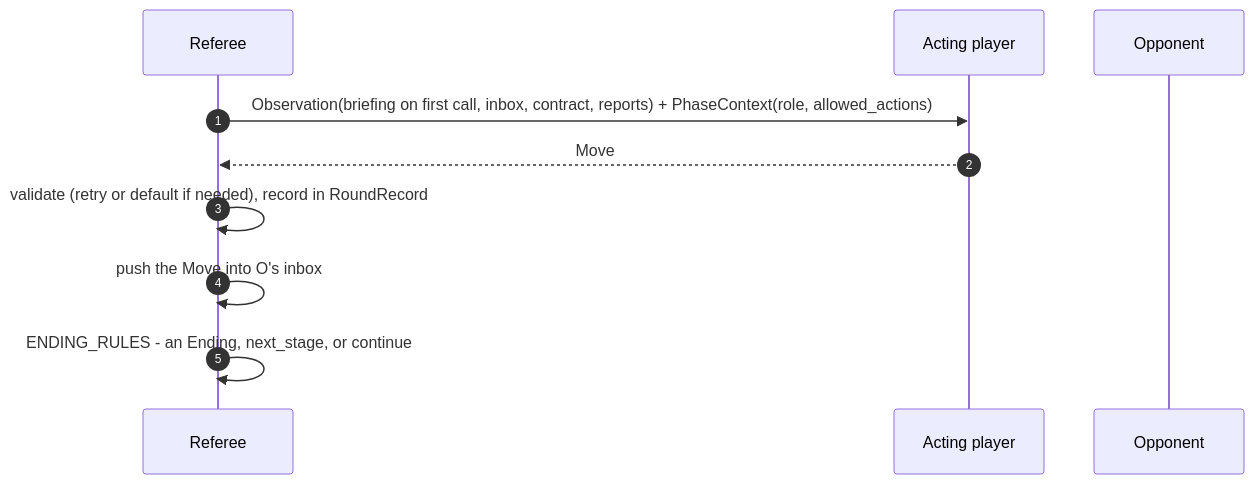
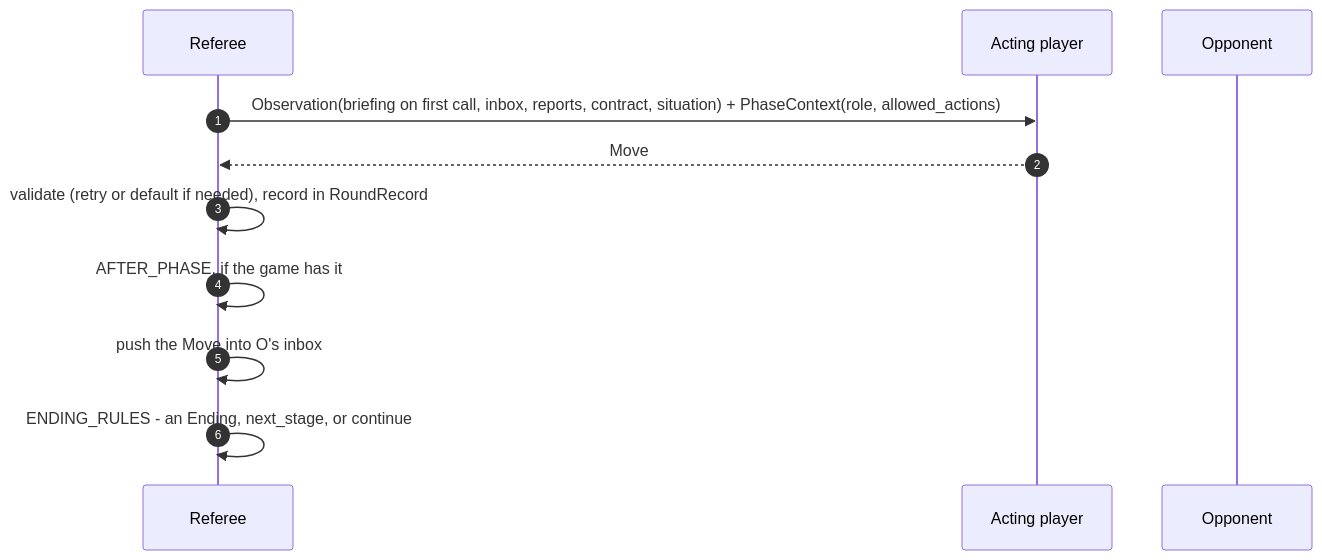
The seventh of 15 diagrams in docs/architecture.md (CarlosGIbanez/SPAR-Harness-Strategic-Interaction-Agents), drawn with Mermaid before and after one commit. The commit also changed other lines of this file and 1 other file, not shown here.

Commit message:
Update README and architecture.md to reflect new unification

````diff
--- a/docs/architecture.md
+++ b/docs/architecture.md
@@ -325,12 +352,13 @@
 ```mermaid
 sequenceDiagram
     autonumber
     participant R as Referee
     participant P as Acting player
     participant O as Opponent
-    R->>P: Observation(briefing on first call, inbox, contract, reports) + PhaseContext(role, allowed_actions)
+    R->>P: Observation(briefing on first call, inbox, reports, contract, situation) + PhaseContext(role, allowed_actions)
     P-->>R: Move
     R->>R: validate (retry or default if needed), record in RoundRecord
+    R->>R: AFTER_PHASE, if the game has it
     R->>R: push the Move into O's inbox
     R->>R: ENDING_RULES - an Ending, next_stage, or continue
 ```
````
